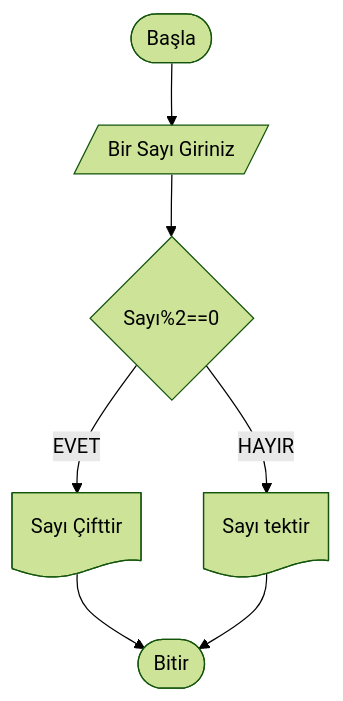
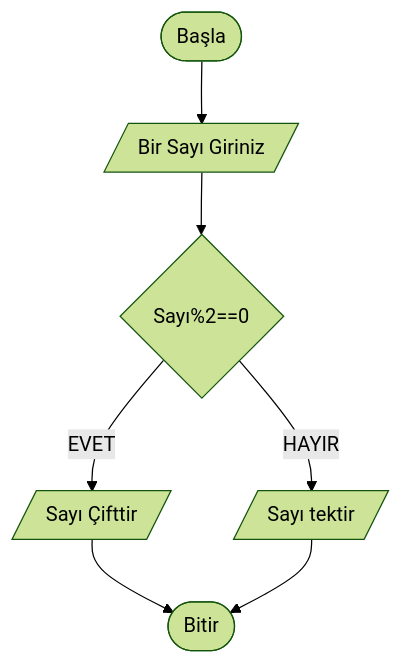
Before and after one commit to ibrahimayaz/Algoritma-ve-Programlamaya-Giris: the second of 10 diagrams in Hafta_04_Akis_Diyagramlari_1.md, drawn with Mermaid (forest theme). The commit also changed other lines of this file, not shown here.

````diff
--- a/Hafta_04_Akis_Diyagramlari_1.md
+++ b/Hafta_04_Akis_Diyagramlari_1.md
@@ -68,11 +68,11 @@
 ```mermaid
 graph TD
     A([Başla]) --> B[/Bir Sayı Giriniz/]
     B --> C{Sayı%2==0}
     
-    C -- EVET --> D@{ shape: doc, label: "Sayı Çifttir" }
-    C -- HAYIR --> E@{ shape: doc, label: "Sayı tektir" }
+    C -- EVET --> D[/Sayı Çifttir/]
+    C -- HAYIR --> E[/Sayı tektir/]
     
     D --> F([Bitir])
     E --> F([Bitir])
 ```
````
